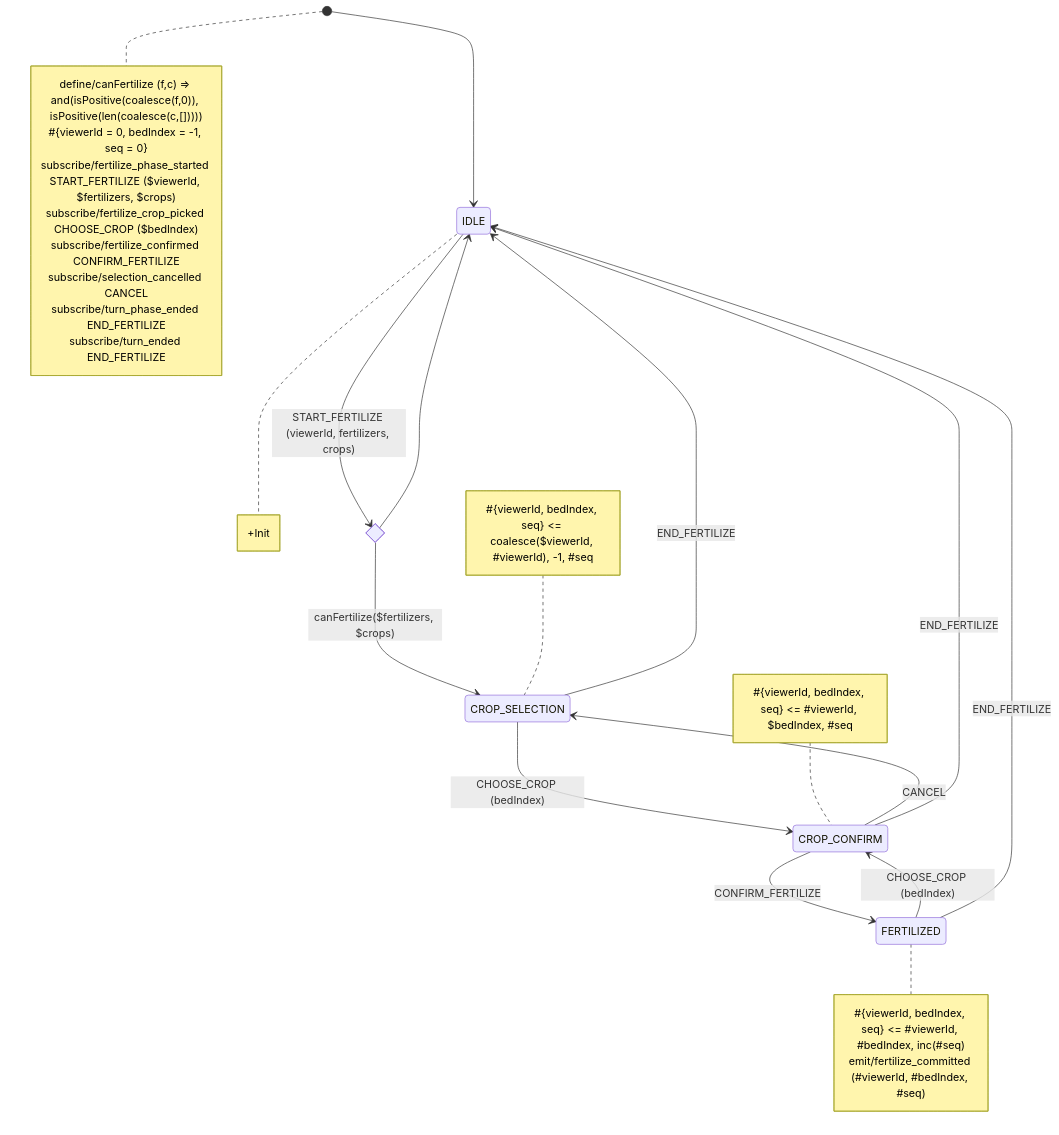
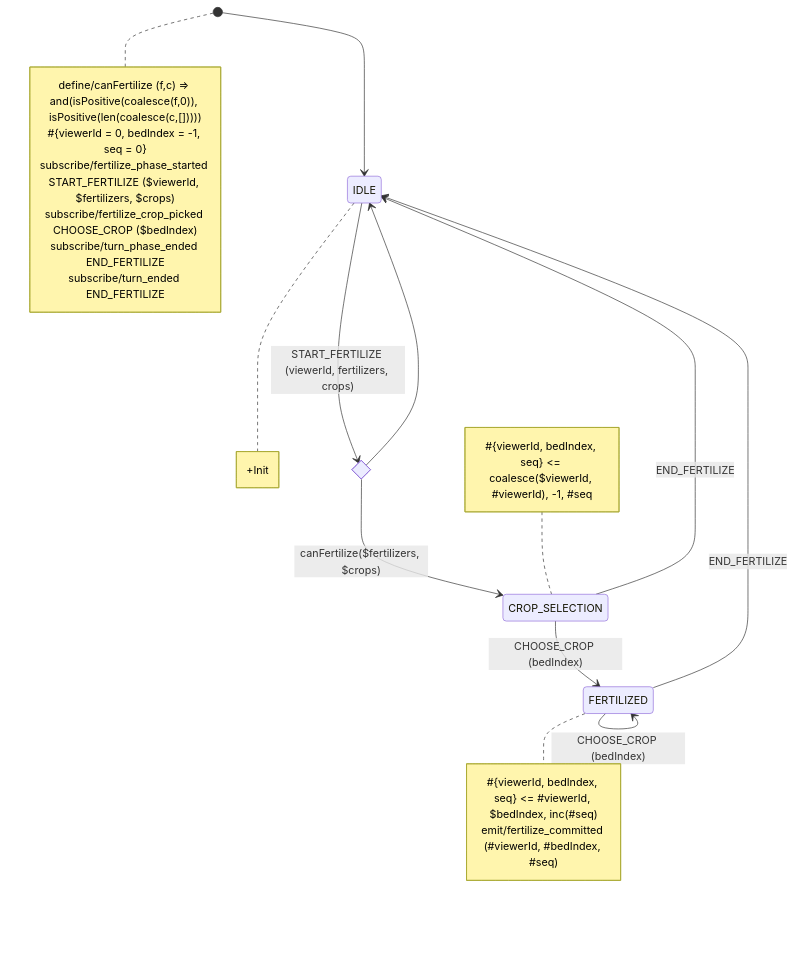
Before and after one commit to tfcp68/battle-farm: the diagram in src/shared/lib/fsm/diagrams/fertilizing.mermaid, drawn with Mermaid. The commit also changed 10 other files, not shown here.

First line of the commit message:
feat(yantrix): drop the buy/fertilize confirm layers and the play overlay

```diff
--- a/src/shared/lib/fsm/diagrams/fertilizing.mermaid
+++ b/src/shared/lib/fsm/diagrams/fertilizing.mermaid
@@ -1,41 +1,32 @@
 stateDiagram-v2
     [*] --> IDLE
     state canApply <<choice>>
     IDLE --> canApply: START_FERTILIZE (viewerId, fertilizers, crops)
     canApply --> CROP_SELECTION: canFertilize($fertilizers, $crops)
     canApply --> IDLE
-    CROP_SELECTION --> CROP_CONFIRM: CHOOSE_CROP (bedIndex)
-    CROP_CONFIRM --> FERTILIZED: CONFIRM_FERTILIZE
-    CROP_CONFIRM --> CROP_SELECTION: CANCEL
-    FERTILIZED --> CROP_CONFIRM: CHOOSE_CROP (bedIndex)
+    CROP_SELECTION --> FERTILIZED: CHOOSE_CROP (bedIndex)
+    FERTILIZED --> FERTILIZED: CHOOSE_CROP (bedIndex)
     CROP_SELECTION --> IDLE: END_FERTILIZE
-    CROP_CONFIRM --> IDLE: END_FERTILIZE
     FERTILIZED --> IDLE: END_FERTILIZE
 
 note right of IDLE
 +Init
 end note
 
 note right of [*]
 define/canFertilize (f,c) => and(isPositive(coalesce(f,0)), isPositive(len(coalesce(c,[]))))
 #{viewerId = 0, bedIndex = -1, seq = 0}
 subscribe/fertilize_phase_started START_FERTILIZE ($viewerId, $fertilizers, $crops)
 subscribe/fertilize_crop_picked CHOOSE_CROP ($bedIndex)
-subscribe/fertilize_confirmed CONFIRM_FERTILIZE
-subscribe/selection_cancelled CANCEL
 subscribe/turn_phase_ended END_FERTILIZE
 subscribe/turn_ended END_FERTILIZE
 end note
 
 note left of CROP_SELECTION
 #{viewerId, bedIndex, seq} <= coalesce($viewerId, #viewerId), -1, #seq
 end note
 
-note left of CROP_CONFIRM
-#{viewerId, bedIndex, seq} <= #viewerId, $bedIndex, #seq
-end note
-
 note right of FERTILIZED
-#{viewerId, bedIndex, seq} <= #viewerId, #bedIndex, inc(#seq)
+#{viewerId, bedIndex, seq} <= #viewerId, $bedIndex, inc(#seq)
 emit/fertilize_committed (#viewerId, #bedIndex, #seq)
 end note
```
